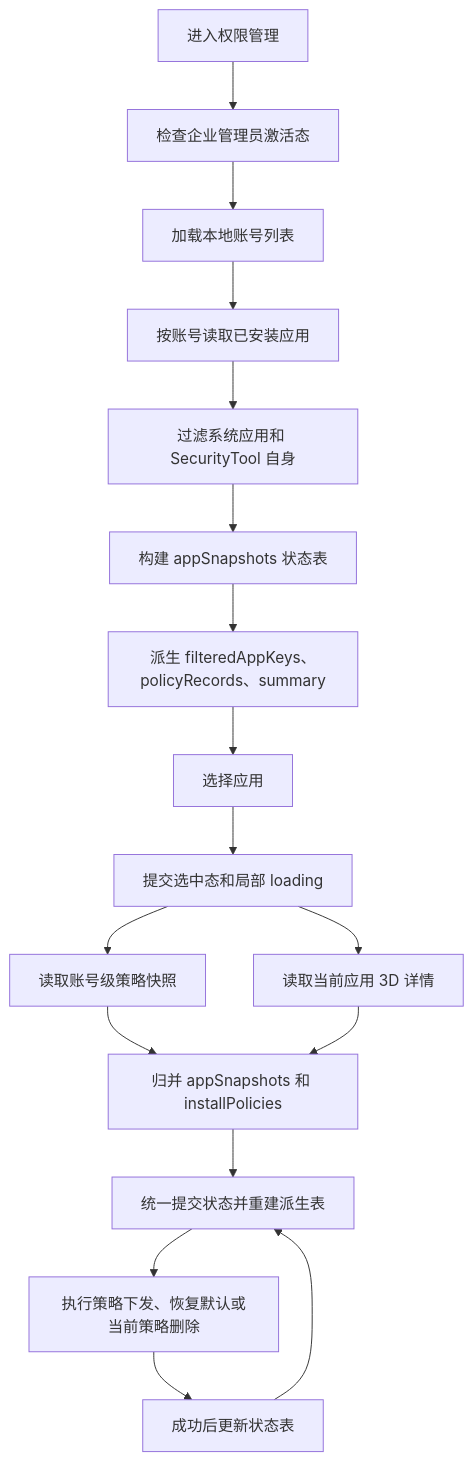
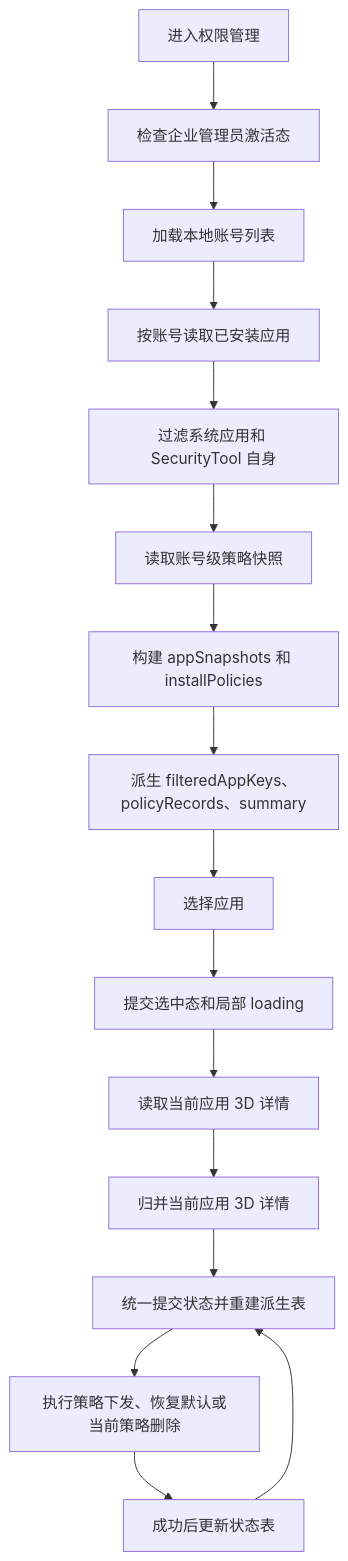
The diagram in docs/03-模块设计/权限管理组件设计说明.md (Deslord319/security_tool), drawn with Mermaid before and after one commit. The commit also changed other lines of this file, not shown here.

First line of the commit message:
docs(permission): record rdb policy snapshot design

````diff
--- a/docs/03-模块设计/权限管理组件设计说明.md
+++ b/docs/03-模块设计/权限管理组件设计说明.md
@@ -156,19 +156,18 @@
 ```mermaid
 flowchart TD
   A["进入权限管理"] --> B["检查企业管理员激活态"]
   B --> C["加载本地账号列表"]
   C --> D["按账号读取已安装应用"]
   D --> E["过滤系统应用和 SecurityTool 自身"]
-  E --> F["构建 appSnapshots 状态表"]
-  F --> G["派生 filteredAppKeys、policyRecords、summary"]
-  G --> H["选择应用"]
-  H --> I["提交选中态和局部 loading"]
-  I --> J["读取账号级策略快照"]
-  I --> K["读取当前应用 3D 详情"]
-  J --> L["归并 appSnapshots 和 installPolicies"]
-  K --> L
+  E --> F["读取账号级策略快照"]
+  F --> G["构建 appSnapshots 和 installPolicies"]
+  G --> H["派生 filteredAppKeys、policyRecords、summary"]
+  H --> I["选择应用"]
+  I --> J["提交选中态和局部 loading"]
+  J --> K["读取当前应用 3D 详情"]
+  K --> L["归并当前应用 3D 详情"]
   L --> M["统一提交状态并重建派生表"]
   M --> N["执行策略下发、恢复默认或当前策略删除"]
   N --> O["成功后更新状态表"]
   O --> M
 ```
````
